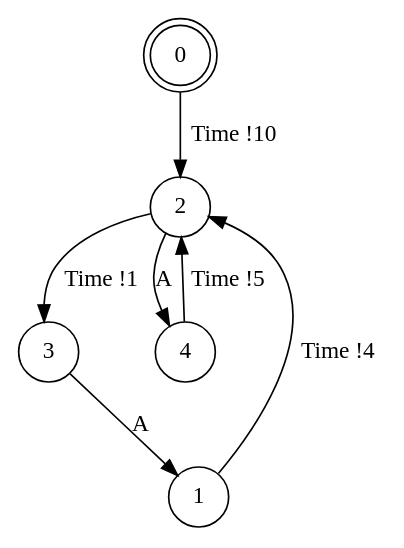
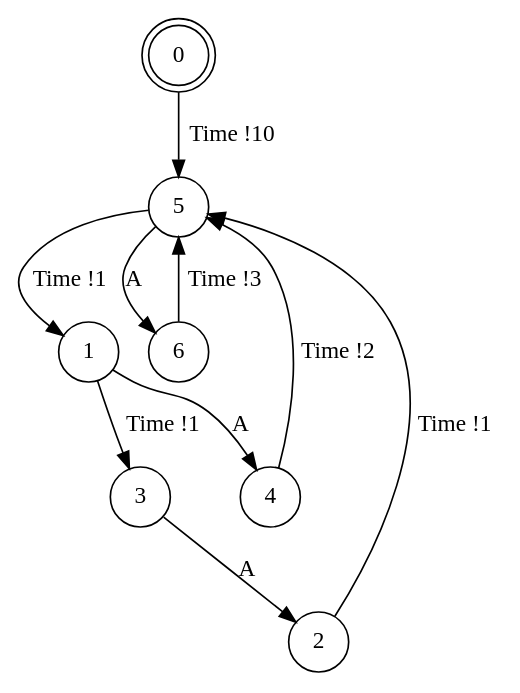
The diagram in experiments/example/simple-A-min.dot (irmanfaqrizal/ptsv), drawn with Graphviz before and after one commit. The commit also changed 126 other files, not shown here.

```diff
--- a/experiments/example/simple-A-min.dot
+++ b/experiments/example/simple-A-min.dot
@@ -1,12 +1,15 @@
 digraph BCG {
 size = "7, 10.5";
 center = TRUE;
 node [shape = circle];
 0 [peripheries = 2];
-0 -> 2 [label = "Time !10"];
-1 -> 2 [label = "Time !4"];
-2 -> 3 [label = "Time !1"];
-2 -> 4 [label = "A"];
-3 -> 1 [label = "A"];
-4 -> 2 [label = "Time !5"];
+0 -> 5 [label = "Time !10"];
+1 -> 3 [label = "Time !1"];
+1 -> 4 [label = "A"];
+2 -> 5 [label = "Time !1"];
+3 -> 2 [label = "A"];
+4 -> 5 [label = "Time !2"];
+5 -> 6 [label = "A"];
+5 -> 1 [label = "Time !1"];
+6 -> 5 [label = "Time !3"];
 }
```
